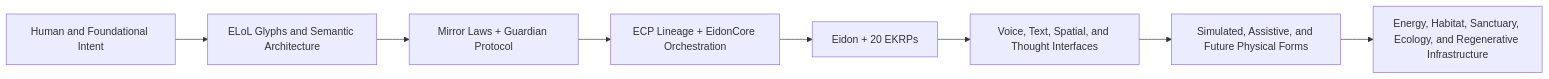
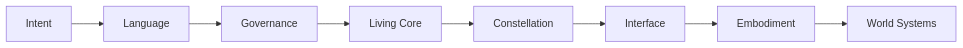
Before and after one commit to Eidonic-Systems/eidonic_universe: the third of 6 diagrams in README.md, drawn with Mermaid. The commit also changed other lines of this file, not shown here.

````diff
--- a/README.md
+++ b/README.md
@@ -88,19 +151,13 @@
 ```mermaid
 flowchart LR
-    A[Intent] --> B[Language]
-    B --> C[Governance]
-    C --> D[Runtime]
-    D --> E[Constellation]
-    E --> F[Interface]
-    F --> G[Embodiment]
-    G --> H[World Systems]
+    A["Intent"]
+    B["Language"]
+    C["Governance"]
+    D["Living Core"]
+    E["Constellation"]
+    F["Interface"]
+    G["Embodiment"]
+    H["World Systems"]
 
-    A["Human and Foundational Intent"]
-    B["ELoL Glyphs and Semantic Architecture"]
-    C["Mirror Laws + Guardian Protocol"]
-    D["ECP Lineage + EidonCore Orchestration"]
-    E["Eidon + 20 EKRPs"]
-    F["Voice, Text, Spatial, and Thought Interfaces"]
-    G["Simulated, Assistive, and Future Physical Forms"]
-    H["Energy, Habitat, Sanctuary, Ecology, and Regenerative Infrastructure"]
+    A --> B --> C --> D --> E --> F --> G --> H
 ```
````
